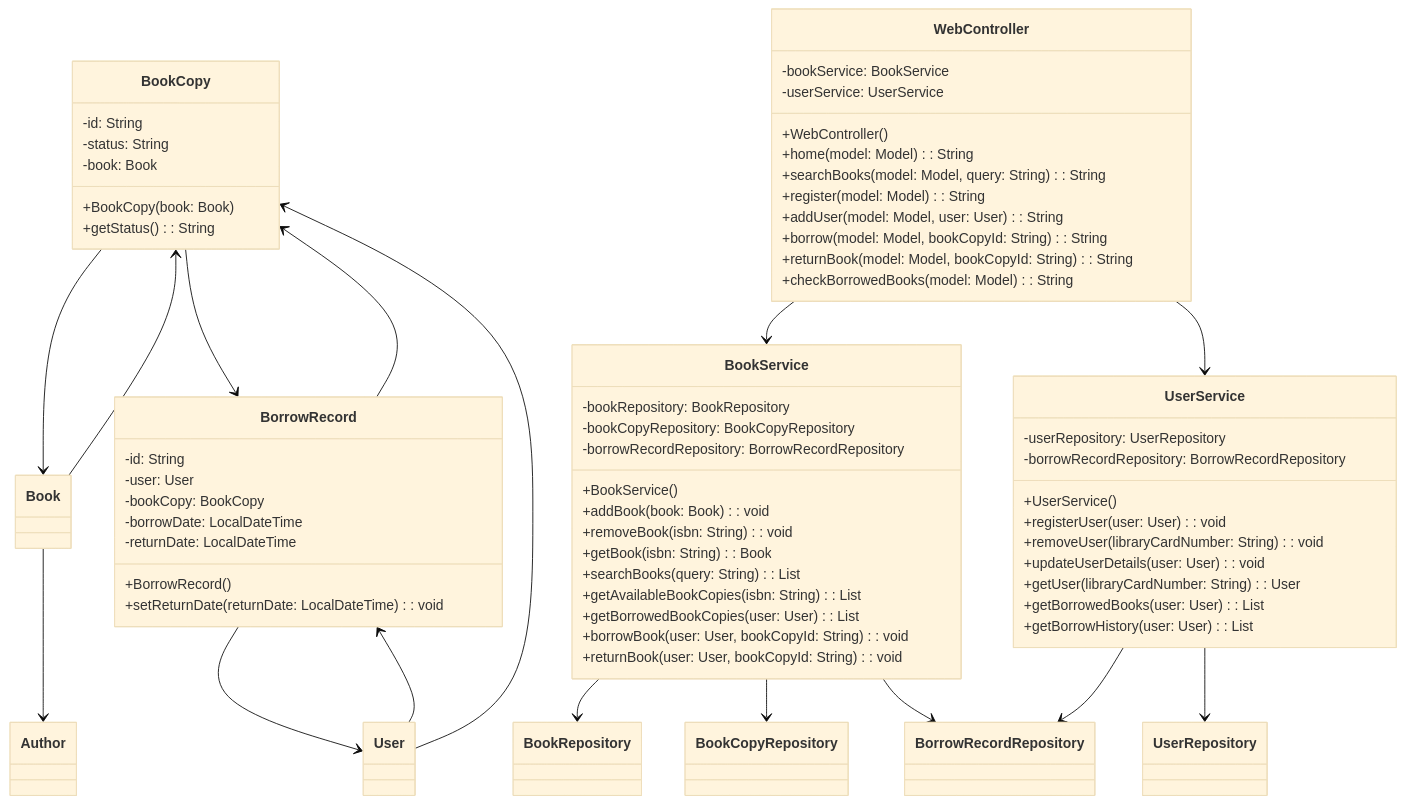
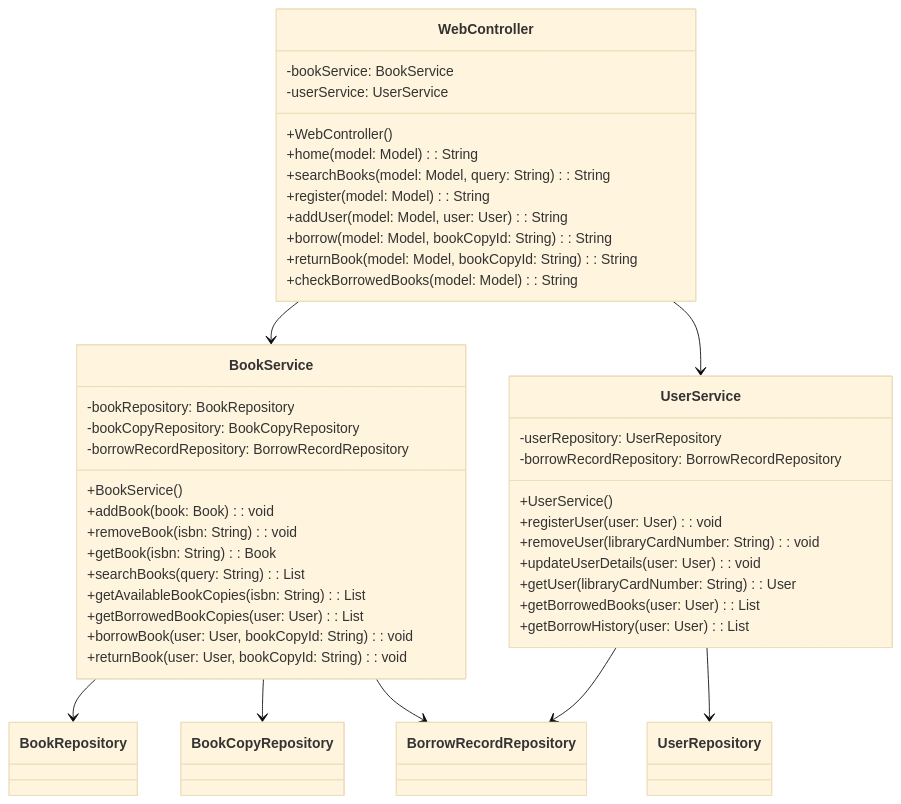
The second of 3 diagrams in springboot/sblab0.qmd (ProtossGP32/wiki-1), drawn with Mermaid (base theme) before and after one commit. The commit also changed 10 other files, not shown here.

````diff
--- a/springboot/sblab0.qmd
+++ b/springboot/sblab0.qmd
@@ -170,77 +167,53 @@
 ```{mermaid}
 classDiagram
-class BookCopy {
-    -id: String
-    -status: String
-    -book: Book
-    +BookCopy(book: Book)
-    +getStatus(): String
-}
 
-class BorrowRecord {
-    -id: String
-    -user: User
-    -bookCopy: BookCopy
-    -borrowDate: LocalDateTime
-    -returnDate: LocalDateTime
-    +BorrowRecord()
-    +setReturnDate(returnDate: LocalDateTime): void
-}
 
 class WebController {
     -bookService: BookService
     -userService: UserService
     +WebController()
     +home(model: Model): String
     +searchBooks(model: Model, query: String): String
     +register(model: Model): String
     +addUser(model: Model, user: User): String
     +borrow(model: Model, bookCopyId: String): String
     +returnBook(model: Model, bookCopyId: String): String
     +checkBorrowedBooks(model: Model): String
 }
 
 class BookService {
     -bookRepository: BookRepository
     -bookCopyRepository: BookCopyRepository
     -borrowRecordRepository: BorrowRecordRepository
     +BookService()
     +addBook(book: Book): void
     +removeBook(isbn: String): void
     +getBook(isbn: String): Book
     +searchBooks(query: String): List<Book>
     +getAvailableBookCopies(isbn: String): List<BookCopy>
     +getBorrowedBookCopies(user: User): List<BookCopy>
     +borrowBook(user: User, bookCopyId: String): void
     +returnBook(user: User, bookCopyId: String): void
 }
 
 class UserService {
     -userRepository: UserRepository
     -borrowRecordRepository: BorrowRecordRepository
     +UserService()
     +registerUser(user: User): void
     +removeUser(libraryCardNumber: String): void
     +updateUserDetails(user: User): void
     +getUser(libraryCardNumber: String): User
     +getBorrowedBooks(user: User): List<BookCopy>
     +getBorrowHistory(user: User): List<BorrowRecord>
 }
 
 WebController --> BookService
 WebController --> UserService
 BookService --> BookRepository
 BookService --> BookCopyRepository
 BookService --> BorrowRecordRepository
 UserService --> UserRepository
 UserService --> BorrowRecordRepository
-Book --> Author
-Book --> BookCopy
-BookCopy --> Book
-BookCopy --> BorrowRecord
-User --> BorrowRecord
-User --> BookCopy
-BorrowRecord --> User
-BorrowRecord --> BookCopy
 
 ```
````
